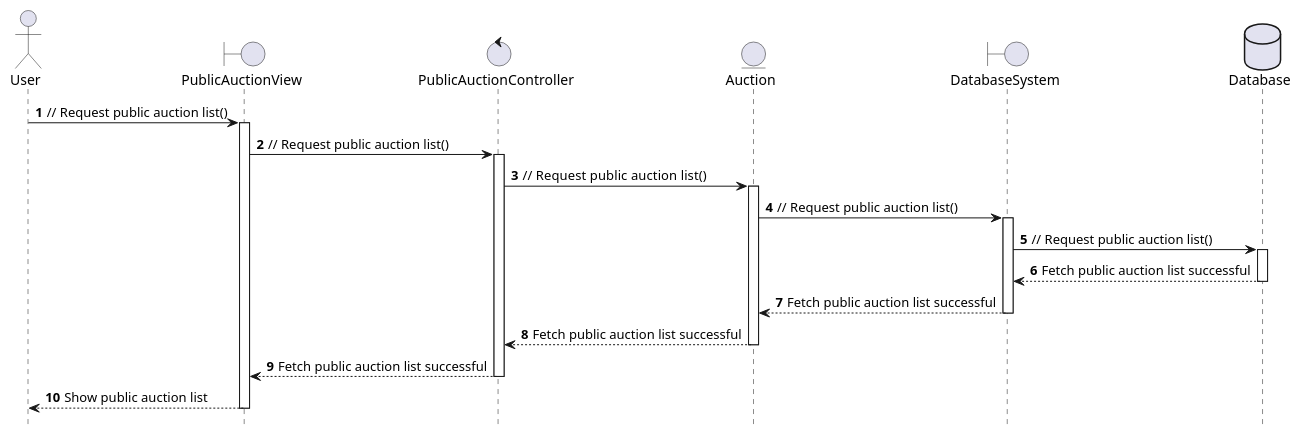
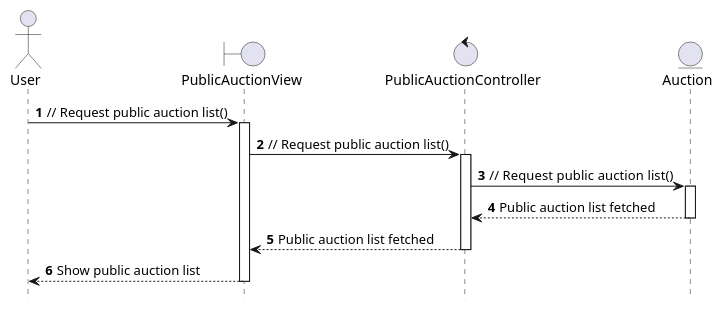
One commit to anhbanlinhle/velocity-exchange changed the diagram in uml/analysis/sequence/view-public-auctions.pu. Above: the diagram before and after it, drawn with PlantUML. The commit also changed 6 other files, not shown here.

Commit message:
done seq diagram

```diff
--- a/uml/analysis/sequence/view-public-auctions.pu
+++ b/uml/analysis/sequence/view-public-auctions.pu
@@ -1,24 +1,18 @@
 @startuml Update Account Information
 hide footbox
 actor "User" as User
 boundary "PublicAuctionView" as PABoundary
 control "PublicAuctionController" as PAController
 entity "Auction" as AuctionEntity
-boundary "DatabaseSystem" as DatabaseBoundary
-database "Database" as DatabaseActor
 
 autonumber
 autoactivate on
 
 User -> PABoundary: // Request public auction list()
 PABoundary -> PAController: // Request public auction list()
 PAController -> AuctionEntity: //  Request public auction list()
-AuctionEntity -> DatabaseBoundary: // Request public auction list()
-DatabaseBoundary -> DatabaseActor: // Request public auction list()
-DatabaseActor --> DatabaseBoundary: Fetch public auction list successful
-DatabaseBoundary --> AuctionEntity: Fetch public auction list successful
-AuctionEntity --> PAController: Fetch public auction list successful
-PAController --> PABoundary: Fetch public auction list successful
+AuctionEntity --> PAController: Public auction list fetched
+PAController --> PABoundary: Public auction list fetched
 PABoundary --> User: Show public auction list
 
 @enduml
```
